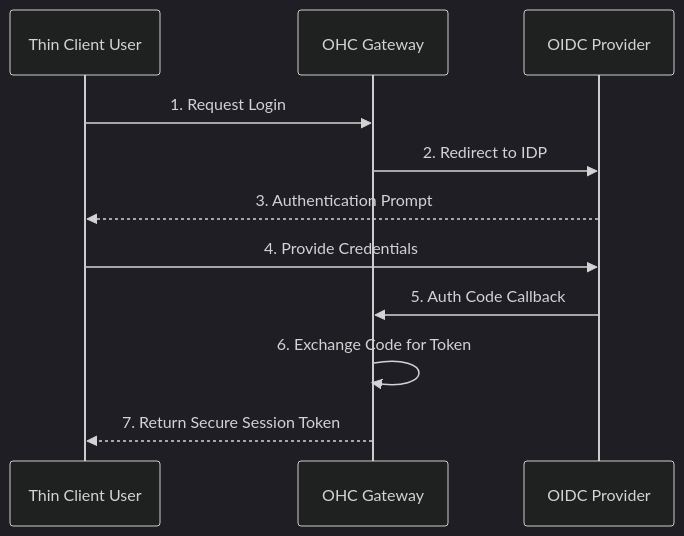
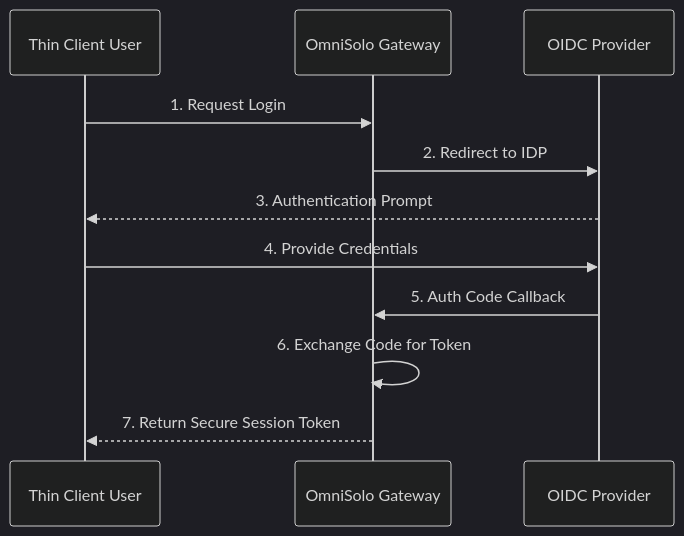
One commit to omnisolo-llc/onehumancorp changed the second of 2 diagrams in docs/technical/walkthroughs/thin_client_integration.md. Above: the diagram before and after it, drawn with Mermaid (dark theme). The commit also changed other lines of this file and 2191 other files, not shown here.

Commit message:
feat: complete OmniSolo rename and browser audit

````diff
--- a/docs/technical/walkthroughs/thin_client_integration.md
+++ b/docs/technical/walkthroughs/thin_client_integration.md
@@ -26,14 +26,14 @@
 ```mermaid
 sequenceDiagram
     participant User as Thin Client User
-    participant Gateway as OHC Gateway
+    participant Gateway as OmniSolo Gateway
     participant Identity as OIDC Provider
 
     User->>Gateway: 1. Request Login
     Gateway->>Identity: 2. Redirect to IDP
     Identity-->>User: 3. Authentication Prompt
     User->>Identity: 4. Provide Credentials
     Identity->>Gateway: 5. Auth Code Callback
     Gateway->>Gateway: 6. Exchange Code for Token
     Gateway-->>User: 7. Return Secure Session Token
 ```
````
